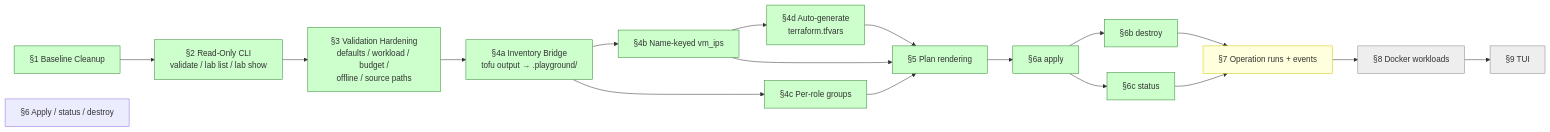
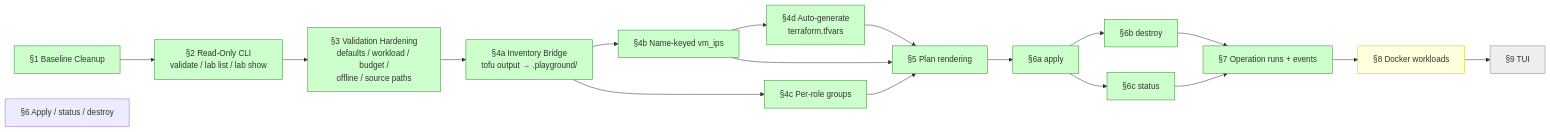
Before and after one commit to spicysauce1955-stack/playground: the seventh of 7 diagrams in docs/system_overview.md, drawn with Mermaid. The commit also changed 7 other files, not shown here.

````diff
--- a/docs/system_overview.md
+++ b/docs/system_overview.md
@@ -362,34 +362,34 @@
 ```mermaid
 flowchart LR
     s1[§1 Baseline Cleanup]
     s2[§2 Read-Only CLI<br/>validate / lab list / lab show]
     s3[§3 Validation Hardening<br/>defaults / workload / budget /<br/>offline / source paths]
     s4a[§4a Inventory Bridge<br/>tofu output → .playground/]
     s4b[§4b Name-keyed vm_ips]
     s4c[§4c Per-role groups]
     s5[§5 Plan rendering]
     s6[§6 Apply / status / destroy]
     s7[§7 Operation runs + events]
     s8[§8 Docker workloads]
     s9[§9 TUI]
 
     s1 --> s2 --> s3 --> s4a --> s4b
     s4a --> s4c
     s4b --> s4d[§4d Auto-generate<br/>terraform.tfvars]
     s4b --> s5
     s4c --> s5
     s4d --> s5
     s5 --> s6a[§6a apply]
     s6a --> s6b[§6b destroy]
     s6a --> s6c[§6c status]
     s6b --> s7
     s6c --> s7
     s7 --> s8 --> s9
 
     classDef done fill:#cfc,stroke:#383
     classDef next fill:#ffd,stroke:#cc0
     classDef queued fill:#eee,stroke:#888
-    class s1,s2,s3,s4a,s4b,s4c,s4d,s5,s6a,s6b,s6c done
-    class s7 next
-    class s8,s9 queued
+    class s1,s2,s3,s4a,s4b,s4c,s4d,s5,s6a,s6b,s6c,s7 done
+    class s8 next
+    class s9 queued
 ```
````
